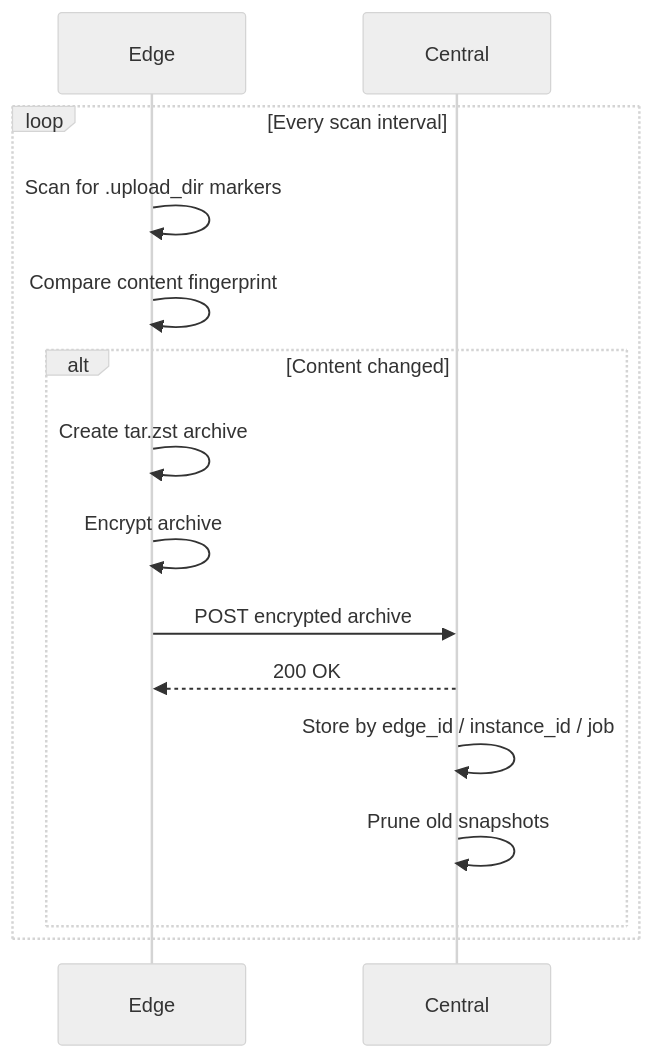
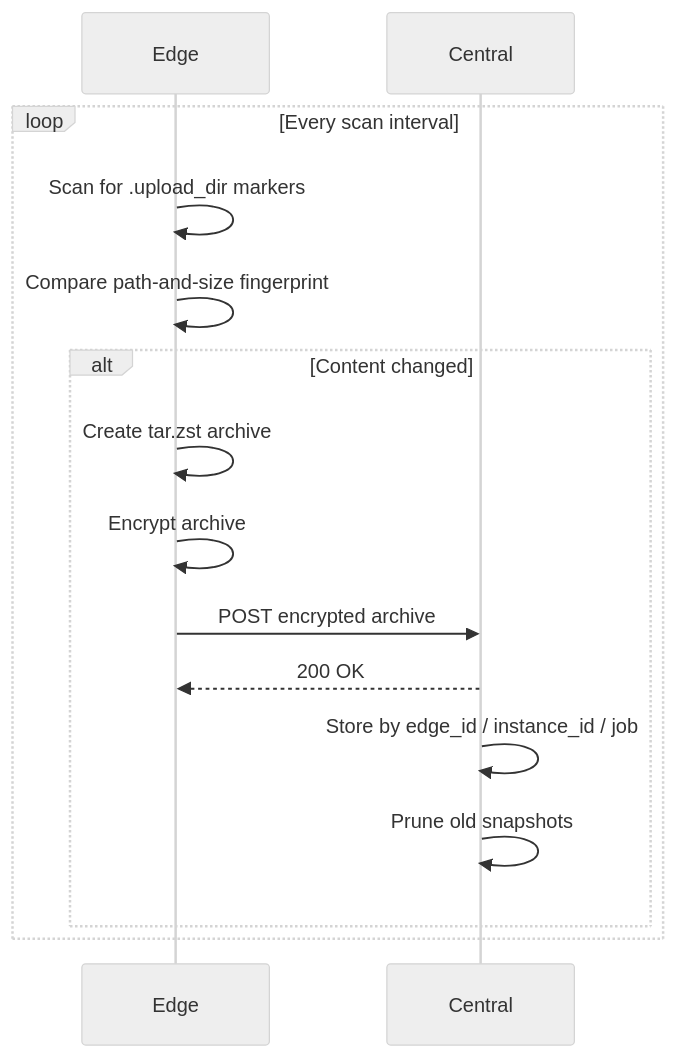
One commit to thesteau/3to1go changed the diagram in README.md. Above: the diagram before and after it, drawn with Mermaid (neutral theme). The commit also changed other lines of this file and 12 other files, not shown here.

````diff
--- a/README.md
+++ b/README.md
@@ -186,18 +186,18 @@
 ```mermaid
 sequenceDiagram
     participant Edge
     participant Central
 
     loop Every scan interval
         Edge->>Edge: Scan for .upload_dir markers
-        Edge->>Edge: Compare content fingerprint
+        Edge->>Edge: Compare path-and-size fingerprint
         alt Content changed
             Edge->>Edge: Create tar.zst archive
             Edge->>Edge: Encrypt archive
             Edge->>Central: POST encrypted archive
             Central-->>Edge: 200 OK
             Central->>Central: Store by edge_id / instance_id / job
             Central->>Central: Prune old snapshots
         end
     end
 ```
````
